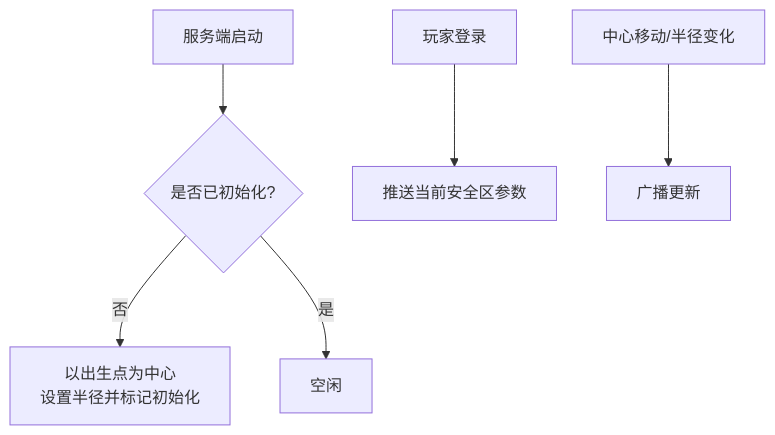
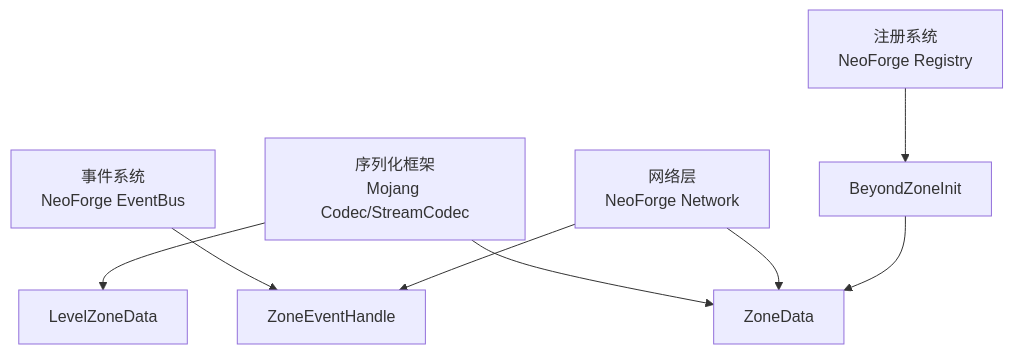
The fifth of 5 diagrams in .qoder/repowiki/zh/content/安全区系统/网络同步机制.md (Ver-shift/SubModulesGeneHunter), drawn with Mermaid before and after one commit. The commit also changed other lines of this file and 42 other files, not shown here.

````diff
--- a/.qoder/repowiki/zh/content/安全区系统/网络同步机制.md
+++ b/.qoder/repowiki/zh/content/安全区系统/网络同步机制.md
@@ -201,8 +256,18 @@
 ```mermaid
-flowchart TD
-Init["服务端启动"] --> Check{"是否已初始化?"}
-Check --> |否| SetSpawn["以出生点为中心<br/>设置半径并标记初始化"]
-Check --> |是| Idle["空闲"]
-Login["玩家登录"] --> Push["推送当前安全区参数"]
-Move["中心移动/半径变化"] --> Broadcast["广播更新"]
+graph TB
+ES["事件系统<br/>NeoForge EventBus"]
+SF["序列化框架<br/>Mojang Codec/StreamCodec"]
+NW["网络层<br/>NeoForge Network"]
+RS["注册系统<br/>NeoForge Registry"]
+ZE["ZoneEventHandle"]
+ZD["ZoneData"]
+LZD["LevelZoneData"]
+BZI["BeyondZoneInit"]
+ES --> ZE
+SF --> ZD
+SF --> LZD
+NW --> ZE
+NW --> ZD
+RS --> BZI
+BZI --> ZD
 ```
````
